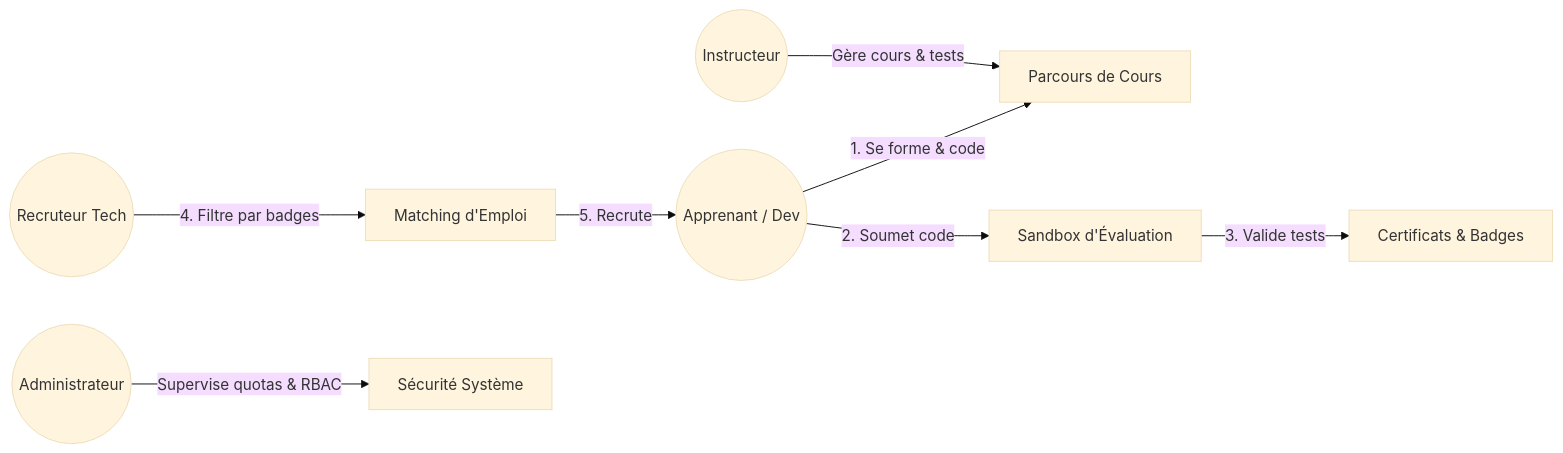
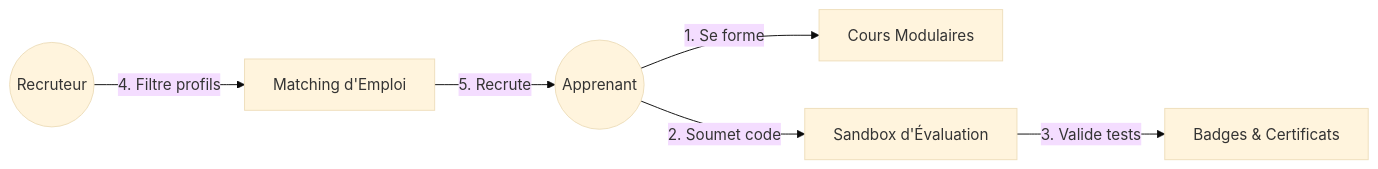
Before and after one commit to Architecture-web/projet: the first of 8 diagrams in Documentation/Presentation/Presentation_Seance4.md, drawn with Mermaid (base theme). The commit also changed other lines of this file and 2 other files, not shown here.

````diff
--- a/Documentation/Presentation/Presentation_Seance4.md
+++ b/Documentation/Presentation/Presentation_Seance4.md
@@ -54,10 +97,8 @@
 ```mermaid
 flowchart LR
-    Student(("Apprenant / Dev")) -->|1. Se forme & code| Courses["Parcours de Cours"]
+    Student(("Apprenant")) -->|1. Se forme| Courses["Cours Modulaires"]
     Student -->|2. Soumet code| Sandbox["Sandbox d'Évaluation"]
-    Sandbox -->|3. Valide tests| Certif["Certificats & Badges"]
-    Recruiter(("Recruteur Tech")) -->|4. Filtre par badges| Matching["Matching d'Emploi"]
+    Sandbox -->|3. Valide tests| Certif["Badges & Certificats"]
+    Recruiter(("Recruteur")) -->|4. Filtre profils| Matching["Matching d'Emploi"]
     Matching -->|5. Recrute| Student
-    Instructor(("Instructeur")) -->|Gère cours & tests| Courses
-    Admin(("Administrateur")) -->|Supervise quotas & RBAC| Gateway["Sécurité Système"]
 ```
````
